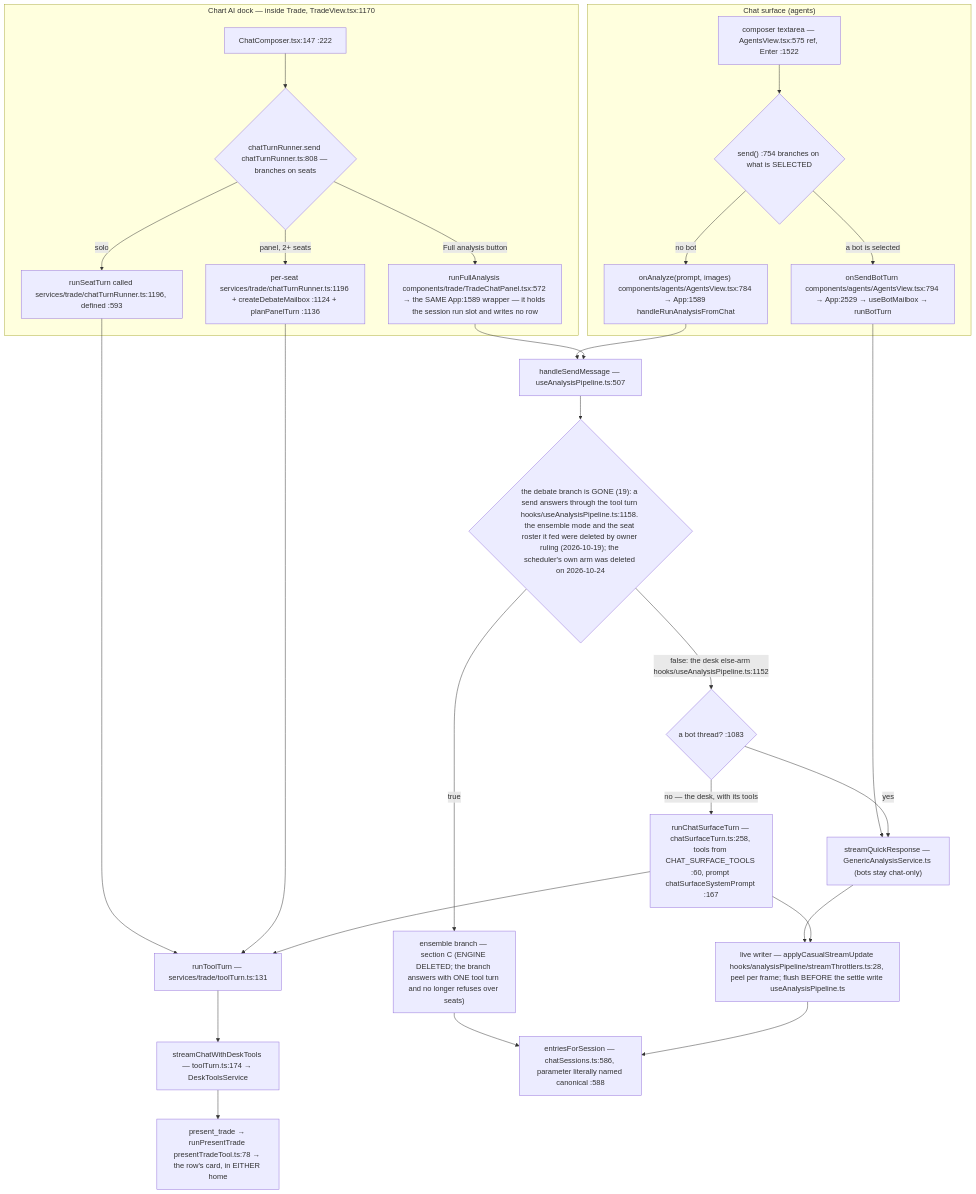
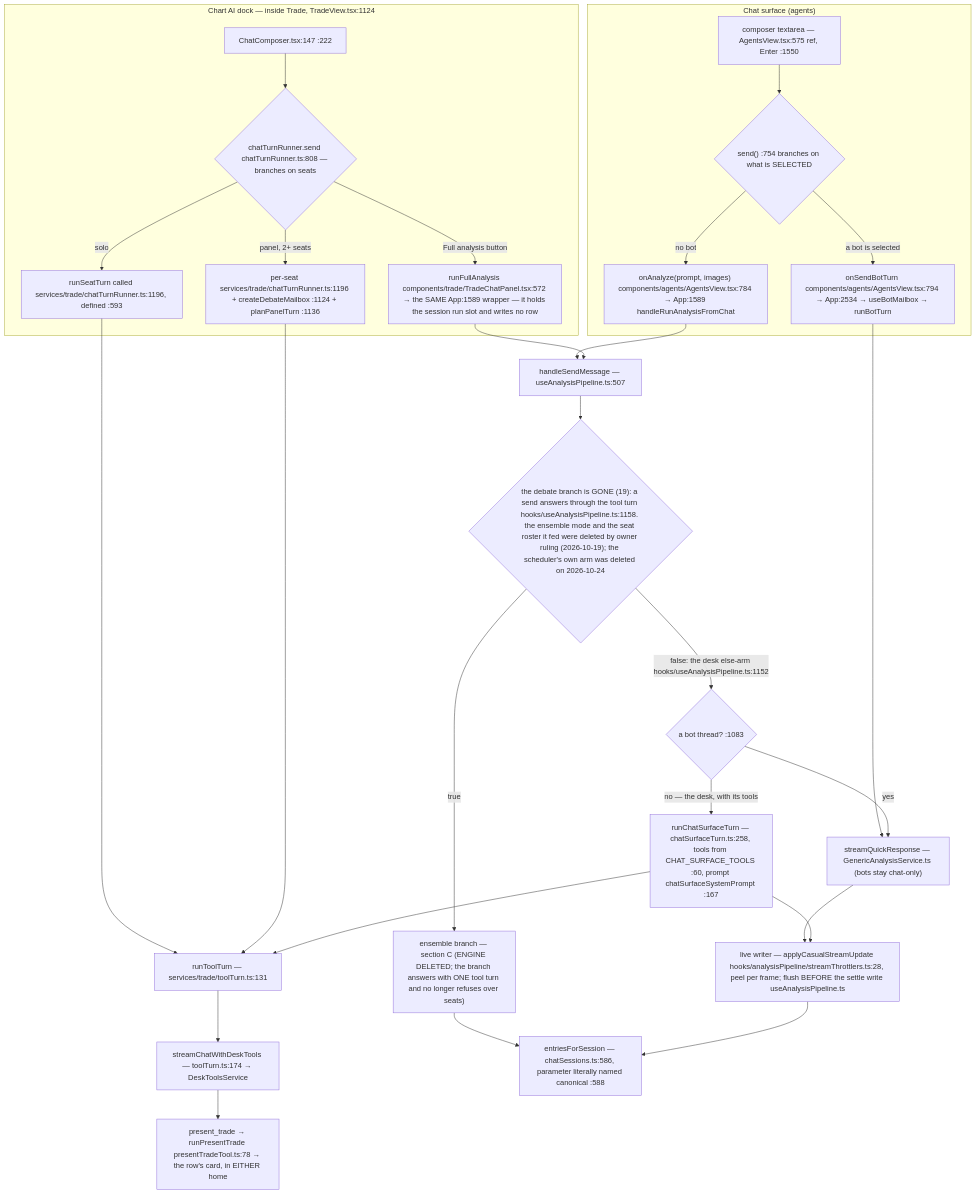
Before and after one commit to Acepay25/august-3.5: the second of 8 diagrams in docs/app-flow.md, drawn with Mermaid. The commit also changed other lines of this file and 19 other files, not shown here.

````diff
--- a/docs/app-flow.md
+++ b/docs/app-flow.md
@@ -78,31 +78,31 @@
 ```mermaid
 flowchart TD
     subgraph CHAT["Chat surface (agents)"]
-        CB["composer textarea — AgentsView.tsx:575 ref, Enter :1522"] --> D1{"send() :754 branches on what is SELECTED"}
-        D1 -->|a bot is selected| BOT["onSendBotTurn components/agents/AgentsView.tsx:794 → App:2529 → useBotMailbox → runBotTurn"]
+        CB["composer textarea — AgentsView.tsx:575 ref, Enter :1550"] --> D1{"send() :754 branches on what is SELECTED"}
+        D1 -->|a bot is selected| BOT["onSendBotTurn components/agents/AgentsView.tsx:794 → App:2534 → useBotMailbox → runBotTurn"]
         D1 -->|no bot| AN["onAnalyze(prompt, images) components/agents/AgentsView.tsx:784 → App:1589 handleRunAnalysisFromChat"]
     end
-    subgraph DOCK["Chart AI dock — inside Trade, TradeView.tsx:1170"]
+    subgraph DOCK["Chart AI dock — inside Trade, TradeView.tsx:1124"]
         DC["ChatComposer.tsx:147 :222"] --> D2{"chatTurnRunner.send chatTurnRunner.ts:808 — branches on seats"}
         D2 -->|solo| SO["runSeatTurn called services/trade/chatTurnRunner.ts:1196, defined :593"]
         D2 -->|panel, 2+ seats| PN["per-seat services/trade/chatTurnRunner.ts:1196 + createDebateMailbox :1124 + planPanelTurn :1136"]
         D2 -->|Full analysis button| FA["runFullAnalysis components/trade/TradeChatPanel.tsx:572 → the SAME App:1589 wrapper — it holds the session run slot and writes no row"]
     end
     SO --> TT["runToolTurn — services/trade/toolTurn.ts:131"]
     PN --> TT
     TT --> SCDT["streamChatWithDeskTools — toolTurn.ts:174 → DeskToolsService"]
     BOT --> TR["streamQuickResponse — GenericAnalysisService.ts (bots stay chat-only)"]
     AN --> HSM["handleSendMessage — useAnalysisPipeline.ts:507"]
     FA --> HSM
     HSM --> D3{"the debate branch is GONE (19): a send answers through the tool turn hooks/useAnalysisPipeline.ts:1158. the ensemble mode and the seat roster it fed were deleted by owner ruling (2026-10-19); the scheduler's own arm was deleted on 2026-10-24"}
     D3 -->|true| ENS["ensemble branch — section C (ENGINE DELETED; the branch answers with ONE tool turn and no longer refuses over seats)"]
     D3 -->|false: the desk else-arm hooks/useAnalysisPipeline.ts:1152| SPLIT{"a bot thread? :1083"}
     SPLIT -->|yes| TR
     SPLIT -->|no — the desk, with its tools| CST["runChatSurfaceTurn — chatSurfaceTurn.ts:258, tools from CHAT_SURFACE_TOOLS :60, prompt chatSurfaceSystemPrompt :167"]
     CST --> TT
     TR --> LW["live writer — applyCasualStreamUpdate hooks/analysisPipeline/streamThrottlers.ts:28, peel per frame; flush BEFORE the settle write useAnalysisPipeline.ts"]
     CST --> LW
     ENS --> MERGE
     LW --> MERGE["entriesForSession — chatSessions.ts:586, parameter literally named canonical :588"]
     SCDT --> PT["present_trade → runPresentTrade presentTradeTool.ts:78 → the row's card, in EITHER home"]
 ```
````
